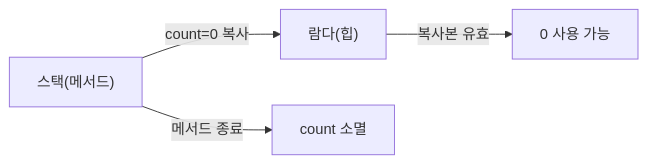
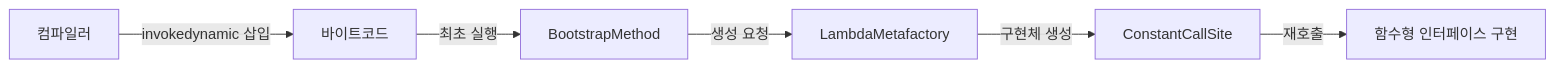
The first of 4 diagrams in _posts/java/2026-05-01-java-lambda.md (yjkim2015/yjkim2015.github.io), drawn with Mermaid before and after one commit. The commit also changed other lines of this file and 4 other files, not shown here.

````diff
--- a/_posts/java/2026-05-01-java-lambda.md
+++ b/_posts/java/2026-05-01-java-lambda.md
@@ -239,6 +398,8 @@
 ```mermaid
 graph LR
-    S["스택(메서드)"] -->|count=0 복사| L["람다(힙)"]
-    S -->|메서드 종료| GONE["count 소멸"]
-    L -->|복사본 유효| LIVE["0 사용 가능"]
+    COMP["컴파일러"] -->|invokedynamic 삽입| BC["바이트코드"]
+    BC -->|최초 실행| BM["BootstrapMethod"]
+    BM -->|생성 요청| LMF["LambdaMetafactory"]
+    LMF -->|구현체 생성| CS["ConstantCallSite"]
+    CS -->|재호출| IMPL["함수형 인터페이스 구현"]
 ```
````
